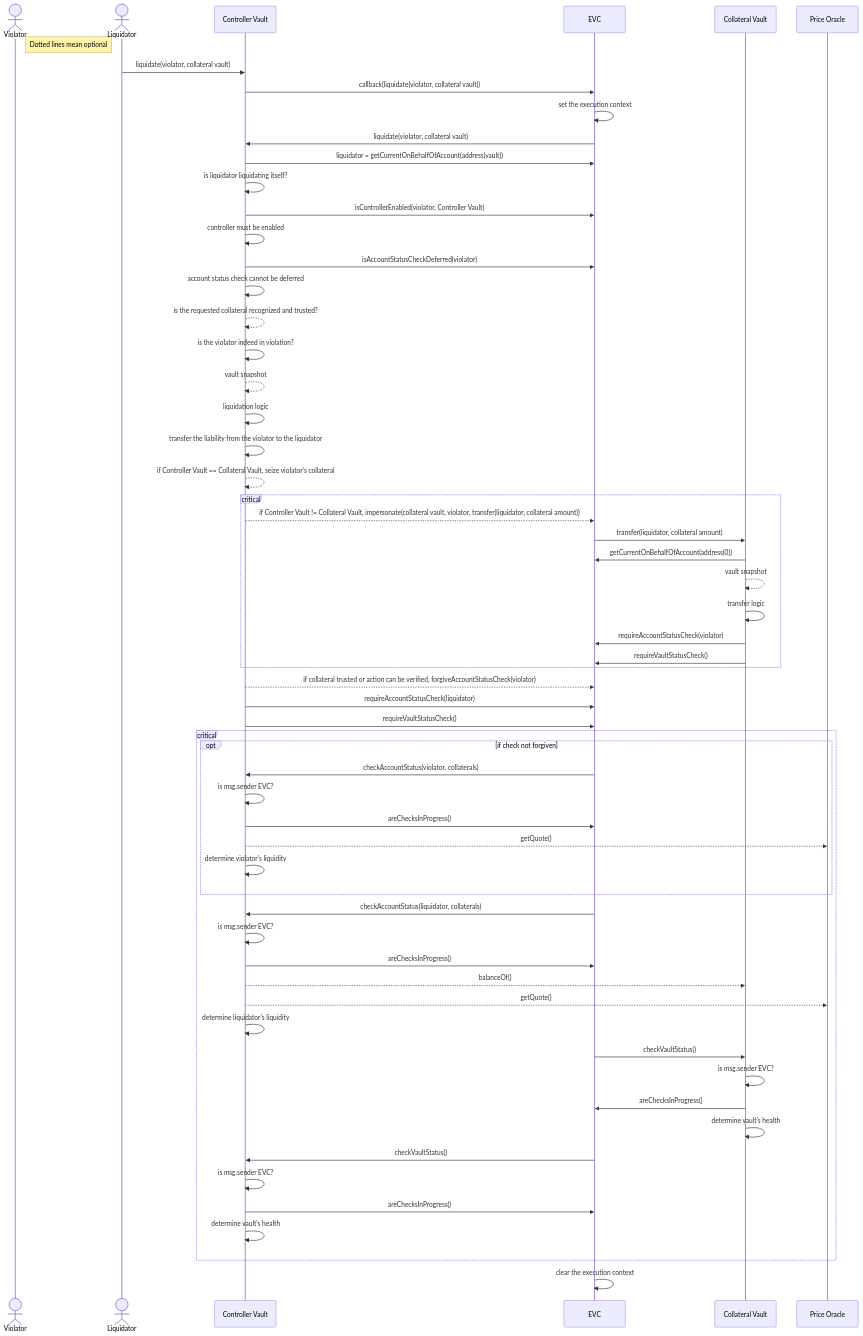
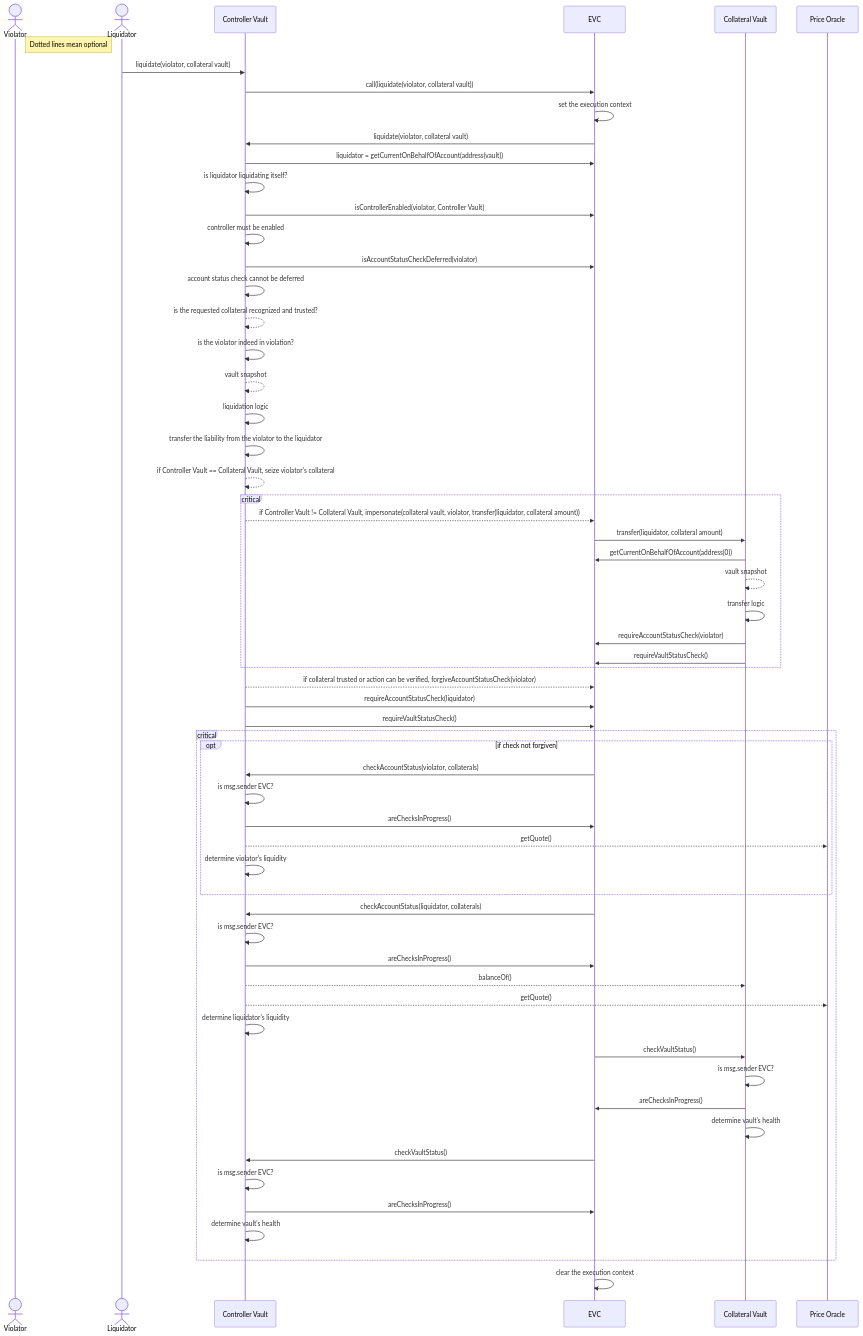
The diagram in docs/diagrams/Liquidation Interaction Sequence.md (seinj0312/ethereum-vault-connector), drawn with Mermaid before and after one commit. The commit also changed 18 other files, not shown here.

Commit message:
feat: merge call and callback functionality, remove recoverRemainingETH

````diff
--- a/docs/diagrams/Liquidation Interaction Sequence.md
+++ b/docs/diagrams/Liquidation Interaction Sequence.md
@@ -1,71 +1,71 @@
 ```mermaid
 sequenceDiagram
     actor Violator
     Note right of Violator: Dotted lines mean optional
     actor Liquidator
     participant Controller Vault
     participant EVC
     participant Collateral Vault
     participant Price Oracle
 
     Liquidator->>Controller Vault: liquidate(violator, collateral vault)
-    Controller Vault->>EVC: callback(liquidate(violator, collateral vault))
+    Controller Vault->>EVC: call(liquidate(violator, collateral vault))
     EVC->>EVC: set the execution context
     EVC->>Controller Vault: liquidate(violator, collateral vault)
 
     Controller Vault->>EVC: liquidator = getCurrentOnBehalfOfAccount(address(vault))
     Controller Vault->>Controller Vault: is liquidator liquidating itself?
     Controller Vault->>EVC: isControllerEnabled(violator, Controller Vault)
     Controller Vault->>Controller Vault: controller must be enabled
     Controller Vault->>EVC: isAccountStatusCheckDeferred(violator)
     Controller Vault->>Controller Vault: account status check cannot be deferred
     Controller Vault-->>Controller Vault: is the requested collateral recognized and trusted?
     Controller Vault->>Controller Vault: is the violator indeed in violation?
     Controller Vault-->>Controller Vault: vault snapshot
     Controller Vault->>Controller Vault: liquidation logic
     Controller Vault->>Controller Vault: transfer the liability from the violator to the liquidator
     Controller Vault-->>Controller Vault: if Controller Vault == Collateral Vault, seize violator's collateral
 
     critical
         Controller Vault-->>EVC: if Controller Vault != Collateral Vault, impersonate(collateral vault, violator, transfer(liquidator, collateral amount))
         EVC->>Collateral Vault: transfer(liquidator, collateral amount)
         Collateral Vault->>EVC: getCurrentOnBehalfOfAccount(address(0))
         Collateral Vault-->>Collateral Vault: vault snapshot
         Collateral Vault->>Collateral Vault: transfer logic
         Collateral Vault->>EVC: requireAccountStatusCheck(violator)
         Collateral Vault->>EVC: requireVaultStatusCheck()
     end
 
     Controller Vault-->>EVC: if collateral trusted or action can be verified, forgiveAccountStatusCheck(violator)
     Controller Vault->>EVC: requireAccountStatusCheck(liquidator)
     Controller Vault->>EVC: requireVaultStatusCheck()
 
     critical
         opt if check not forgiven
             EVC->>Controller Vault: checkAccountStatus(violator, collaterals)
             Controller Vault->>Controller Vault: is msg.sender EVC?
             Controller Vault->>EVC: areChecksInProgress()
             Controller Vault-->>Price Oracle: getQuote()
             Controller Vault->>Controller Vault: determine violator's liquidity
         end
 
         EVC->>Controller Vault: checkAccountStatus(liquidator, collaterals)
         Controller Vault->>Controller Vault: is msg.sender EVC?
         Controller Vault->>EVC: areChecksInProgress()
         Controller Vault-->>Collateral Vault: balanceOf()
         Controller Vault-->>Price Oracle: getQuote()
         Controller Vault->>Controller Vault: determine liquidator's liquidity
 
         EVC->>Collateral Vault: checkVaultStatus()
         Collateral Vault->>Collateral Vault: is msg.sender EVC?
         Collateral Vault->>EVC: areChecksInProgress()
         Collateral Vault->>Collateral Vault: determine vault's health
 
         EVC->>Controller Vault: checkVaultStatus()
         Controller Vault->>Controller Vault: is msg.sender EVC?
         Controller Vault->>EVC: areChecksInProgress()
         Controller Vault->>Controller Vault: determine vault's health
     end
 
     EVC->>EVC: clear the execution context
 ```
````
